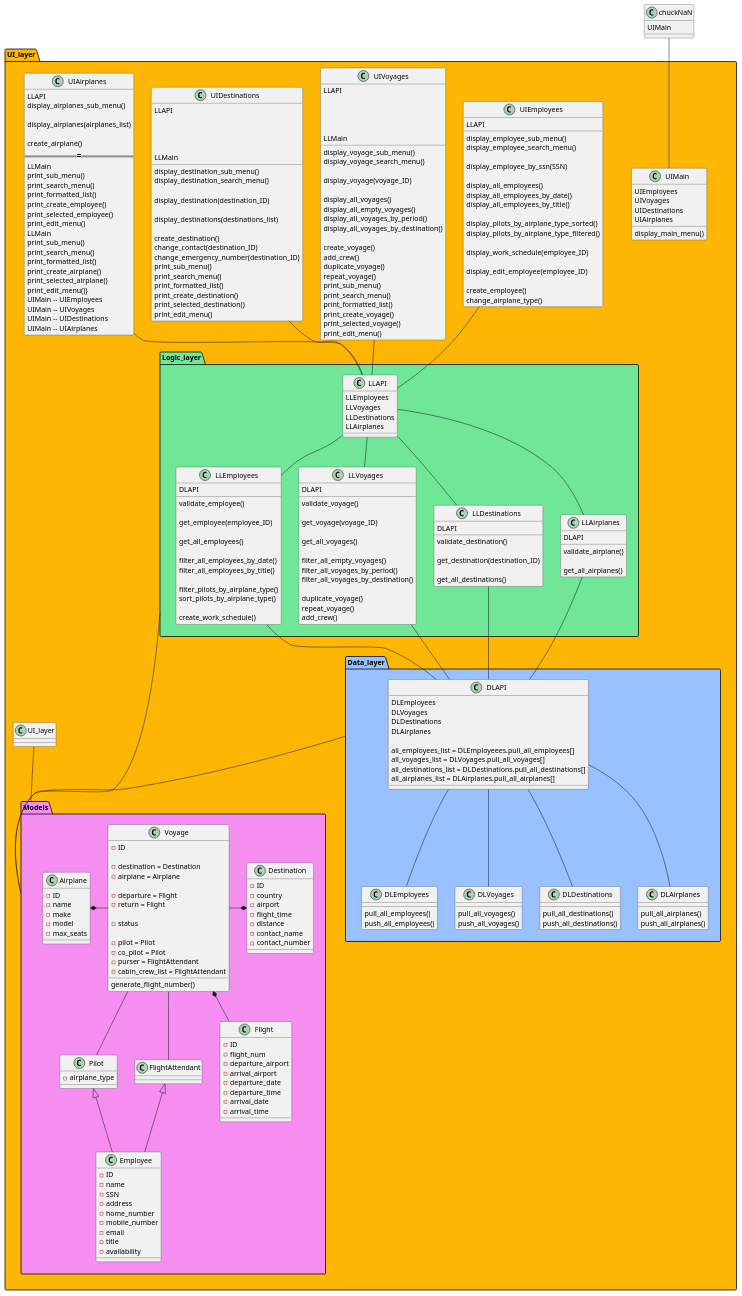
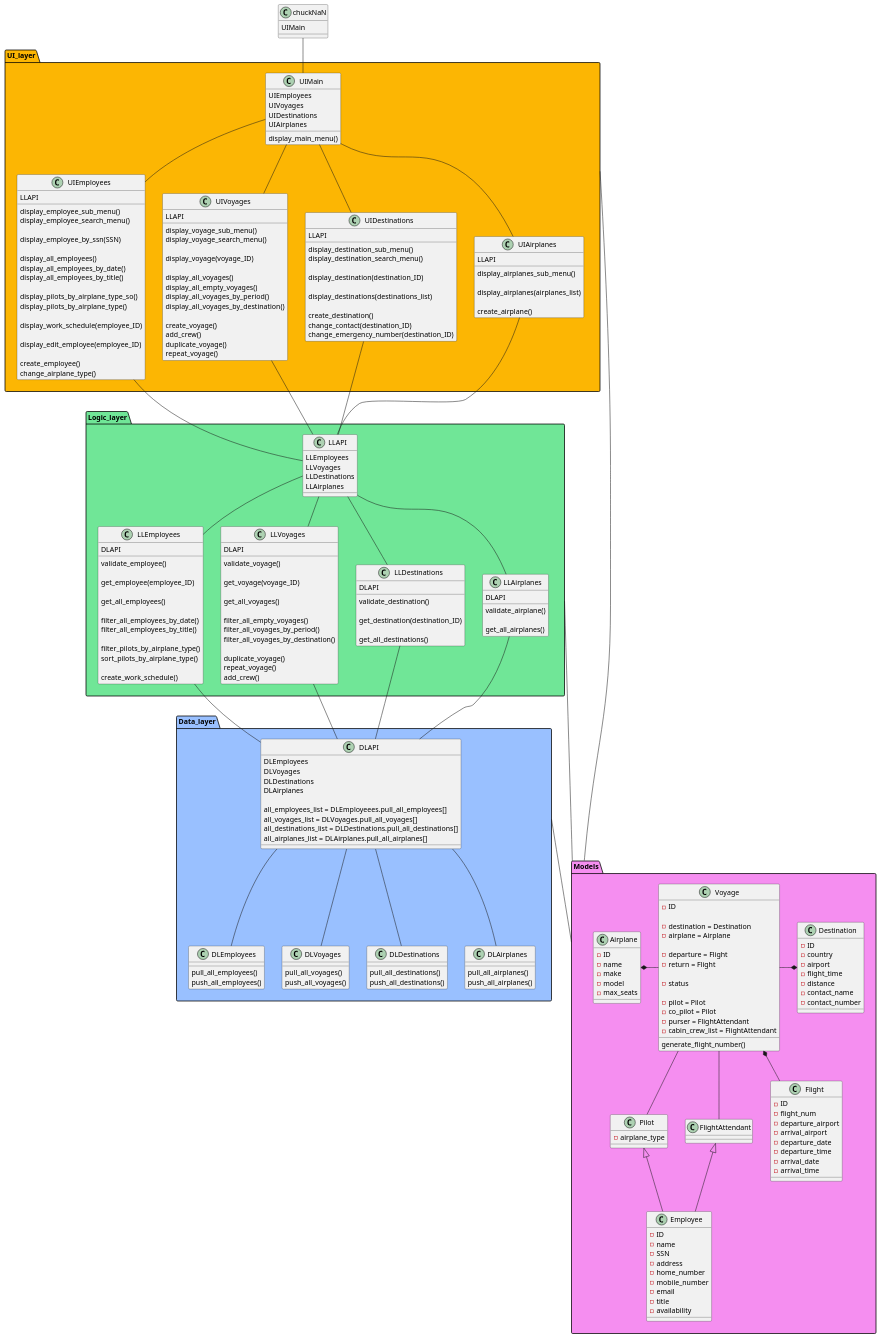
One commit to irmalexandra/vln1_chuck_nan changed the diagram in ClassDiagram.puml. Above: the diagram before and after it, drawn with PlantUML.

Commit message:
"updated"

```diff
--- a/ClassDiagram.puml
+++ b/ClassDiagram.puml
@@ -27,8 +27,8 @@
     display_all_employees_by_date()
     display_all_employees_by_title()
     
-    display_pilots_by_airplane_type_sorted()
-    display_pilots_by_airplane_type_filtered()
+    display_pilots_by_airplane_type_so()
+    display_pilots_by_airplane_type()
     
     display_work_schedule(employee_ID)
 
@@ -76,41 +76,7 @@
     display_airplanes(airplanes_list)
     
     create_airplane()
-=======
-    LLMain
-    print_sub_menu()
-    print_search_menu()
-    print_formatted_list()
-    print_create_employee()
-    print_selected_employee()
-    print_edit_menu()
   }
-  class UIVoyages{
-    LLMain
-    print_sub_menu()
-    print_search_menu()
-    print_formatted_list()
-    print_create_voyage()
-    print_selected_voyage()
-    print_edit_menu()
-  }
-  class UIDestinations{
-    LLMain
-    print_sub_menu()
-    print_search_menu()
-    print_formatted_list()
-    print_create_destination()
-    print_selected_destination()
-    print_edit_menu()
-  }
-  class UIAirplanes{
-    LLMain
-    print_sub_menu()
-    print_search_menu()
-    print_formatted_list()
-    print_create_airplane()
-    print_selected_airplane()
-    print_edit_menu()}
   UIMain -- UIEmployees
   UIMain -- UIVoyages
   UIMain -- UIDestinations
```
